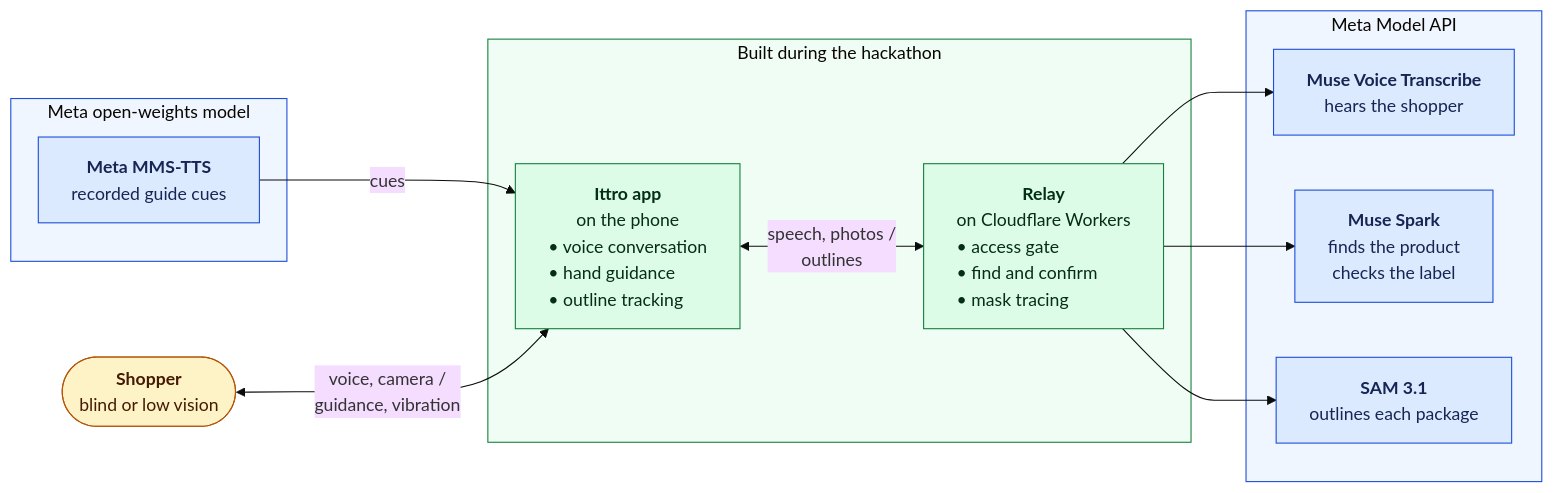
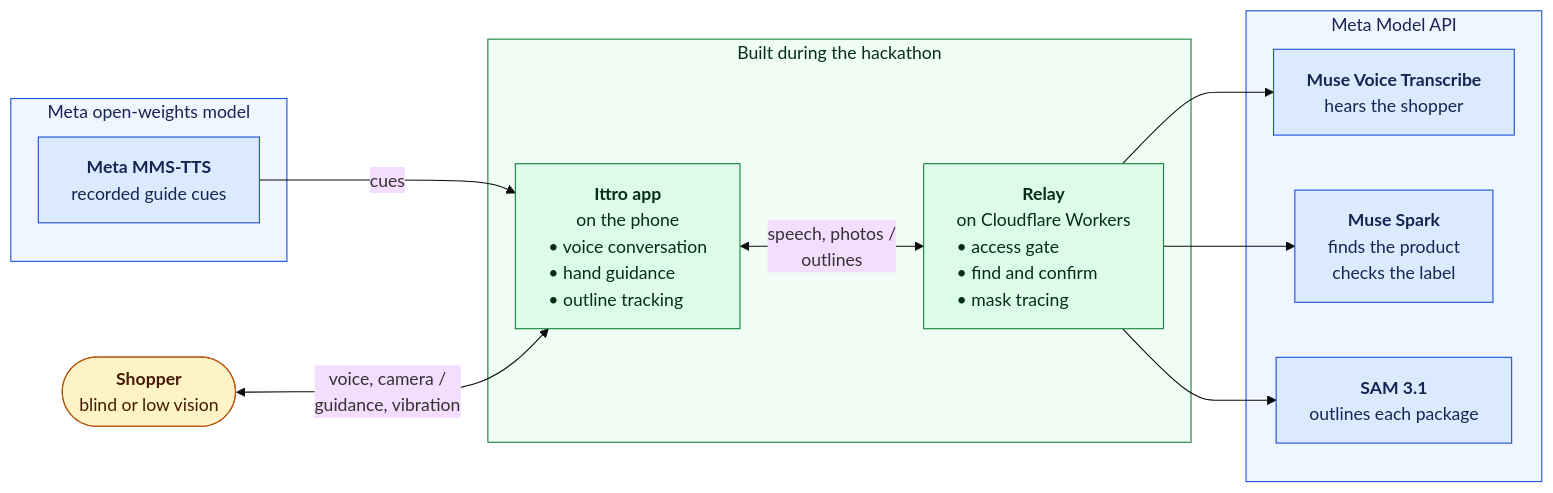
The diagram in README.md (AmineYagoub/ittro), drawn with Mermaid (base theme) before and after one commit. The commit also changed 1 other file, not shown here.

Commit message:
docs: diagram group titles readable in dark mode (#25)
Each group box in the README and build log diagrams set a pale fill but
no text colour, so GitHub's dark theme drew the titles ("Built during
the hackathon", "Meta Model API", "Meta open-weights model") white on
the pale fill. Each group now sets a dark title colour that matches its
boxes. Light mode looks the same. No code changes.

````diff
--- a/README.md
+++ b/README.md
@@ -26,31 +26,31 @@
 ```mermaid
 flowchart LR
   shopper(["<b>Shopper</b><br/>blind or low vision"])
   subgraph built["Built during the hackathon"]
     app["<b>Ittro app</b><br/>on&nbsp;the&nbsp;phone<br/><div style='text-align:left'>•&nbsp;voice&nbsp;conversation<br/>•&nbsp;hand&nbsp;guidance<br/>•&nbsp;outline&nbsp;tracking</div>"]
     relay["<b>Relay</b><br/>on&nbsp;Cloudflare&nbsp;Workers<br/><div style='text-align:left'>•&nbsp;access&nbsp;gate<br/>•&nbsp;find&nbsp;and&nbsp;confirm<br/>•&nbsp;mask&nbsp;tracing</div>"]
   end
   subgraph api["Meta Model API"]
     asr["<b>Muse Voice Transcribe</b><br/>hears the shopper"]
     spark["<b>Muse Spark</b><br/>finds the product<br/>checks the label"]
     sam["<b>SAM 3.1</b><br/>outlines each package"]
   end
   subgraph open["Meta open-weights model"]
     mms["<b>Meta MMS-TTS</b><br/>recorded guide cues"]
   end
   mms -->|"cues"| app
   shopper <-->|"voice, camera /<br/>guidance, vibration"| app
   app <-->|"speech, photos /<br/>outlines"| relay
   relay --> asr
   relay --> spark
   relay --> sam
   classDef person fill:#FEF3C7,stroke:#B45309,color:#451A03
   classDef built fill:#DCFCE7,stroke:#15803D,color:#052E16
   classDef model fill:#DBEAFE,stroke:#1D4ED8,color:#172554
   class shopper person
   class app,relay built
   class asr,spark,sam,mms model
-  style built fill:#F0FDF4,stroke:#15803D
-  style api fill:#EFF6FF,stroke:#1D4ED8
-  style open fill:#EFF6FF,stroke:#1D4ED8
+  style built fill:#F0FDF4,stroke:#15803D,color:#052E16
+  style api fill:#EFF6FF,stroke:#1D4ED8,color:#172554
+  style open fill:#EFF6FF,stroke:#1D4ED8,color:#172554
 ```
````
